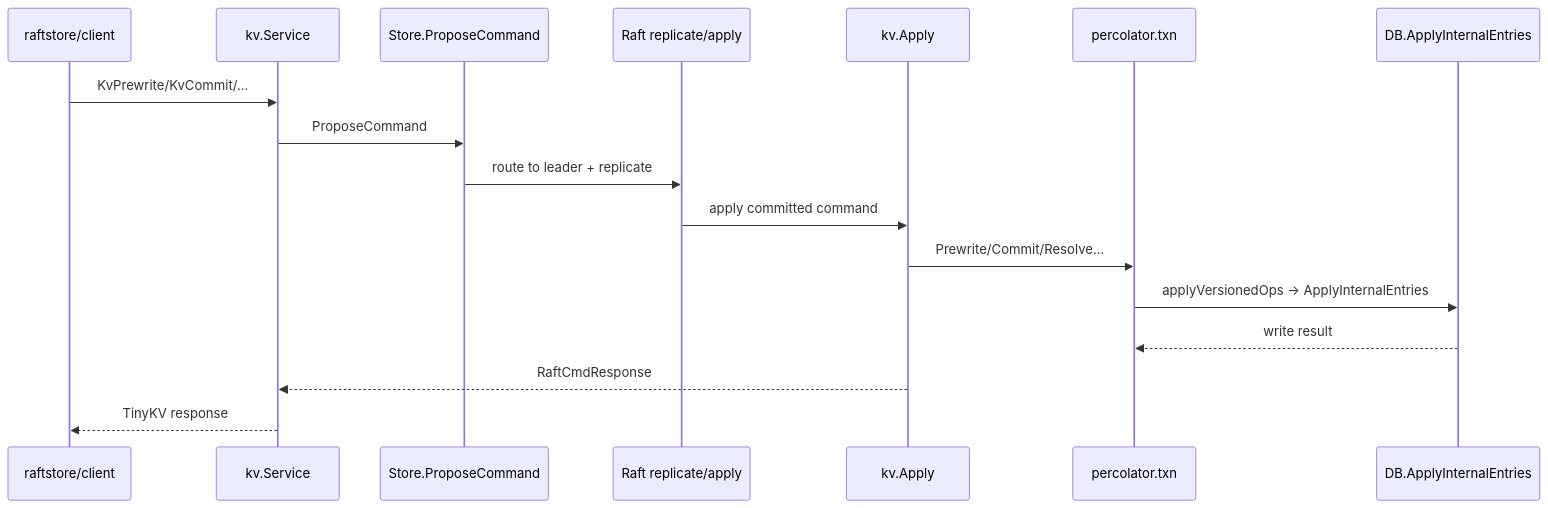
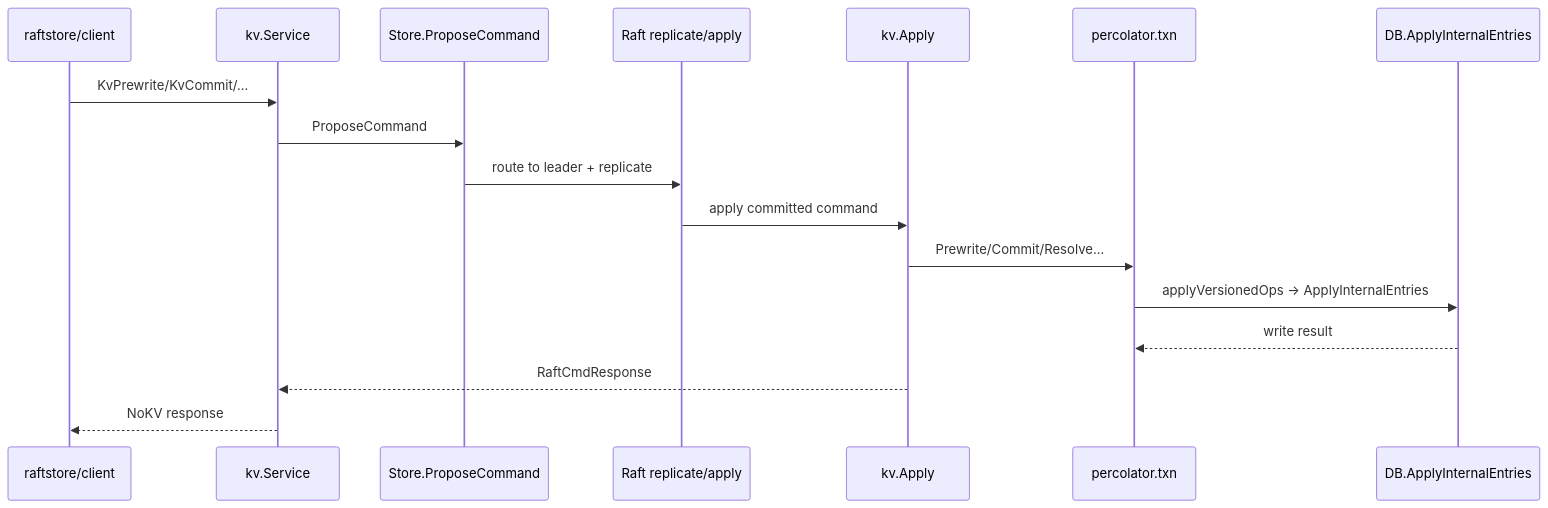
One commit to feichai0017/NoKV changed the fifth of 5 diagrams in docs/runtime.md. Above: the diagram before and after it, drawn with Mermaid. The commit also changed other lines of this file and 29 other files, not shown here.

````diff
--- a/docs/runtime.md
+++ b/docs/runtime.md
@@ -192,19 +192,19 @@
 ```mermaid
 sequenceDiagram
     participant CL as raftstore/client
     participant SVC as kv.Service
     participant ST as Store.ProposeCommand
     participant RF as Raft replicate/apply
     participant AP as kv.Apply
     participant TXN as percolator.txn
     participant DB as DB.ApplyInternalEntries
     CL->>SVC: KvPrewrite/KvCommit/...
     SVC->>ST: ProposeCommand
     ST->>RF: route to leader + replicate
     RF->>AP: apply committed command
     AP->>TXN: Prewrite/Commit/Resolve...
     TXN->>DB: applyVersionedOps -> ApplyInternalEntries
     DB-->>TXN: write result
     AP-->>SVC: RaftCmdResponse
-    SVC-->>CL: TinyKV response
+    SVC-->>CL: NoKV response
 ```
````
